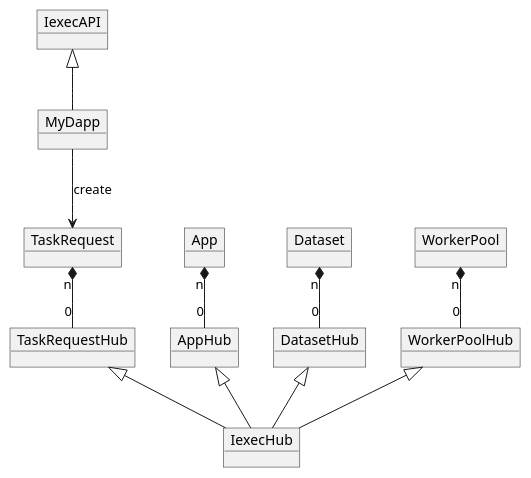
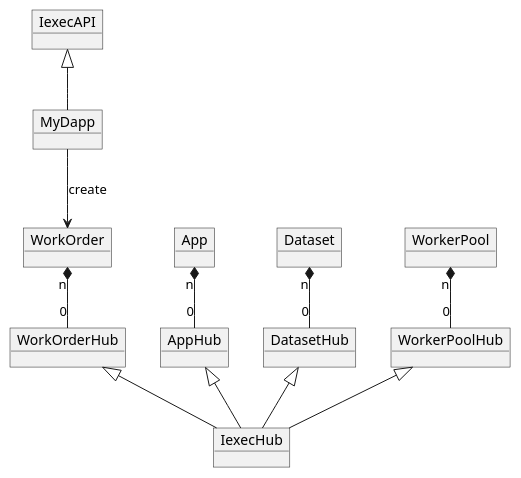
One commit to iExecBlockchainComputing/PoCo changed the diagram in uml/ContractV2.puml. Above: the diagram before and after it, drawn with PlantUML. The commit also changed 29 other files, not shown here.

Commit message:
consensus reach (and Gilles approved too ) : TaskRequest rename to WorkOrder

```diff
--- a/uml/ContractV2.puml
+++ b/uml/ContractV2.puml
@@ -1,37 +1,37 @@
 @startuml
 object IexecAPI
 object MyDapp
 
 IexecAPI <|-- MyDapp
 
 object App
 object AppHub
 
 object Dataset
 object DatasetHub
 
-object TaskRequest
-object TaskRequestHub
+object WorkOrder
+object WorkOrderHub
 
 object WorkerPool
 object WorkerPoolHub
 
 object IexecHub
 
 AppHub <|-- IexecHub
 DatasetHub <|-- IexecHub
 WorkerPoolHub <|-- IexecHub
-TaskRequestHub <|-- IexecHub
+WorkOrderHub <|-- IexecHub
 
 
 WorkerPool "n" *-- "0" WorkerPoolHub
 App "n" *-- "0" AppHub
 Dataset "n" *-- "0" DatasetHub
-TaskRequest "n" *-- "0" TaskRequestHub
+WorkOrder "n" *-- "0" WorkOrderHub
 
 
 
-MyDapp --> TaskRequest: create
+MyDapp --> WorkOrder: create
 
 
 @enduml
```
